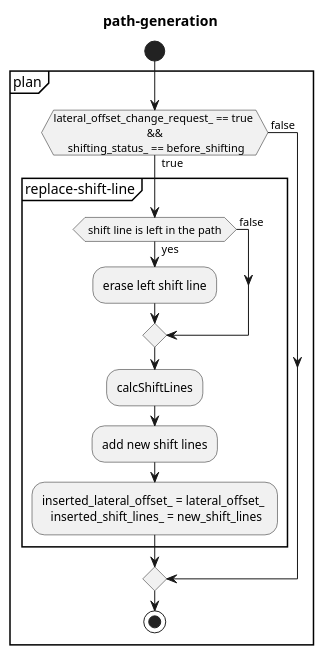
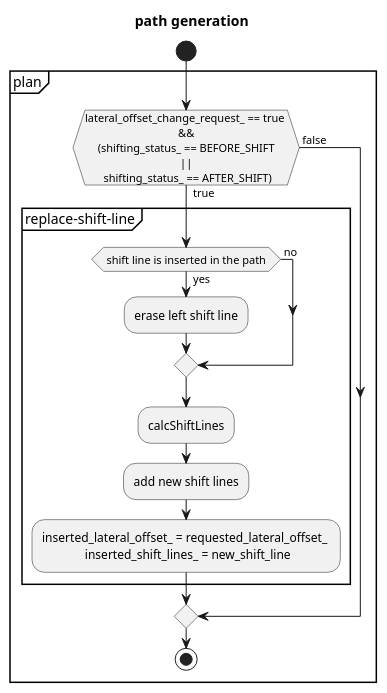
The second of 3 diagrams in planning/behavior_path_planner/behavior_path_planner_side-shift.md (autowarefoundation/autoware.universe), drawn with PlantUML before and after one commit. The commit also changed other lines of this file and 2 other files, not shown here.

Commit message:
fix flow chart

````diff
--- a/planning/behavior_path_planner/behavior_path_planner_side-shift.md
+++ b/planning/behavior_path_planner/behavior_path_planner_side-shift.md
@@ -27,25 +30,25 @@
 ```plantuml -->
 @startuml
 skinparam monochrome true
 skinparam defaultTextAlignment center
 skinparam noteTextAlignment left
 
-title path-generation
+title path generation
 
 start
 partition plan {
-if (lateral_offset_change_request_ == true \n && \n shifting_status_ == before_shifting) then ( true)
+if (lateral_offset_change_request_ == true \n && \n (shifting_status_ == BEFORE_SHIFT \n || \n shifting_status_ == AFTER_SHIFT)) then ( true)
   partition replace-shift-line {
-    if ( shift line is left in the path ) then ( yes)
+    if ( shift line is inserted in the path ) then ( yes)
       :erase left shift line;
-    else ( false)
+    else ( no)
     endif
     :calcShiftLines;
     :add new shift lines;
-    :inserted_lateral_offset_ = lateral_offset_ \n inserted_shift_lines_ = new_shift_lines;
+    :inserted_lateral_offset_ = requested_lateral_offset_ \n inserted_shift_lines_ = new_shift_line;
   }
 else( false)
 endif
 stop
 @enduml
 ```
````
